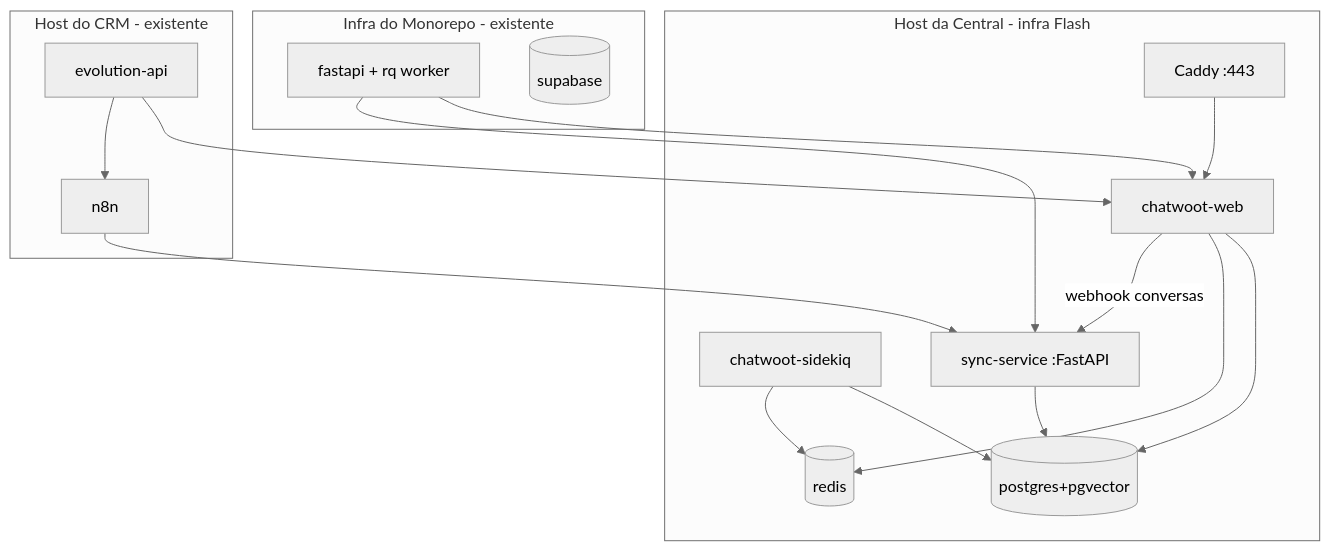
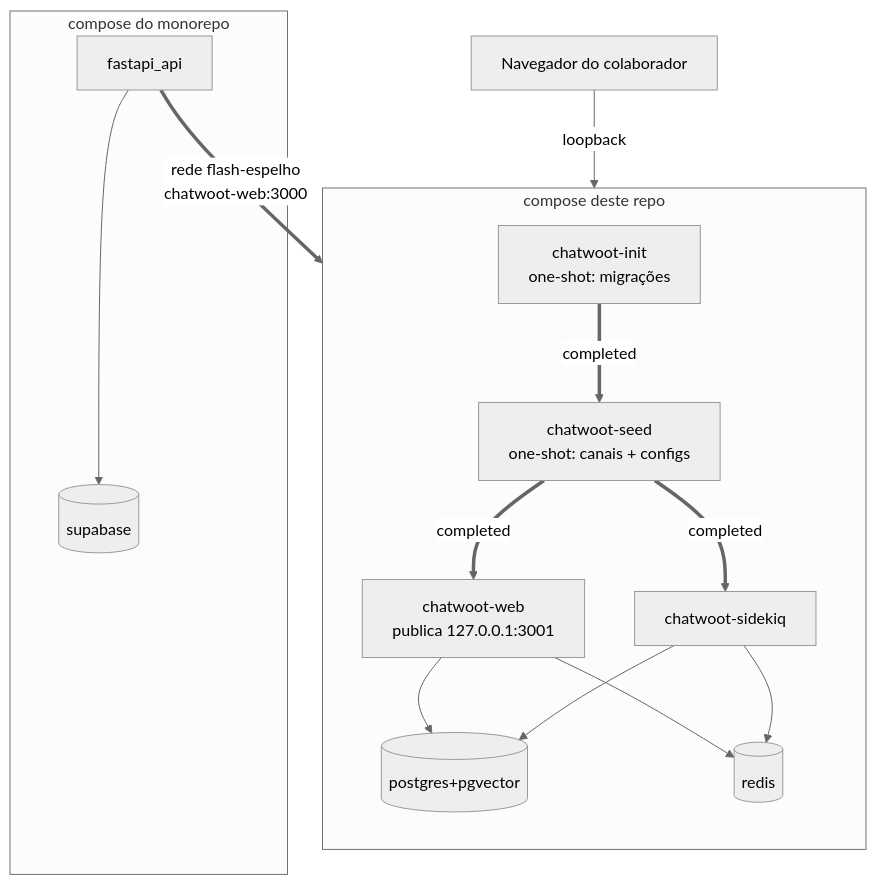
The second of 3 diagrams in docs/architecture.md (admflashcapital/inbox-flash-capital), drawn with Mermaid (neutral theme) before and after one commit. The commit also changed other lines of this file and 15 other files, not shown here.

````diff
--- a/docs/architecture.md
+++ b/docs/architecture.md
@@ -177,31 +186,27 @@
 ```mermaid
 graph TB
-  subgraph HostCentral[Host da Central - infra Flash]
-    CADDY[Caddy :443]
-    CWWEB[chatwoot-web]
+  NAV[Navegador do colaborador]
+  subgraph Central["compose deste repo"]
+    direction TB
+    INIT[chatwoot-init<br/>one-shot: migrações]
+    SEED[chatwoot-seed<br/>one-shot: canais + configs]
+    CWWEB["chatwoot-web<br/>publica 127.0.0.1:3001"]
     CWWORKER[chatwoot-sidekiq]
     PG[(postgres+pgvector)]
     RD[(redis)]
-    SYNC[sync-service :FastAPI]
-    CADDY --> CWWEB
+    INIT ==>|completed| SEED
+    SEED ==>|completed| CWWEB
+    SEED ==>|completed| CWWORKER
     CWWEB --> PG
     CWWEB --> RD
     CWWORKER --> PG
     CWWORKER --> RD
-    SYNC --> PG
   end
-  subgraph HostCRM[Host do CRM - existente]
-    EVO[evolution-api]
-    N8NBOX[n8n]
+  subgraph HostMono["compose do monorepo"]
+    APIMONO[fastapi_api]
+    SUPA[(supabase)]
+    APIMONO --> SUPA
   end
-  subgraph HostMono[Infra do Monorepo - existente]
-    APIMONO[fastapi + rq worker]
-    SUPA[(supabase)]
-  end
-  EVO --> CWWEB
-  EVO --> N8NBOX
-  APIMONO --> CWWEB
-  APIMONO --> SYNC
-  N8NBOX --> SYNC
-  CWWEB -->|webhook conversas| SYNC
+  NAV -->|loopback| CWWEB
+  APIMONO ==>|rede flash-espelho<br/>chatwoot-web:3000| CWWEB
 ```
````
